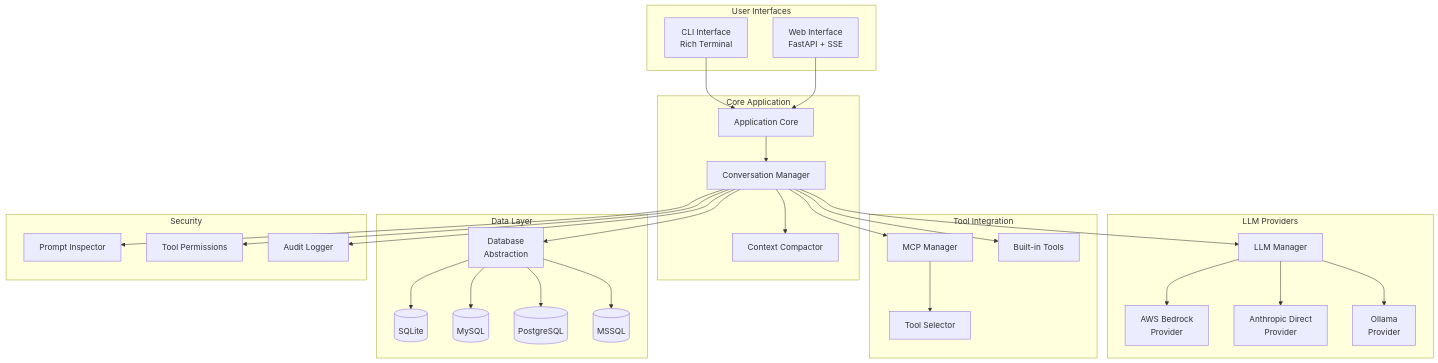
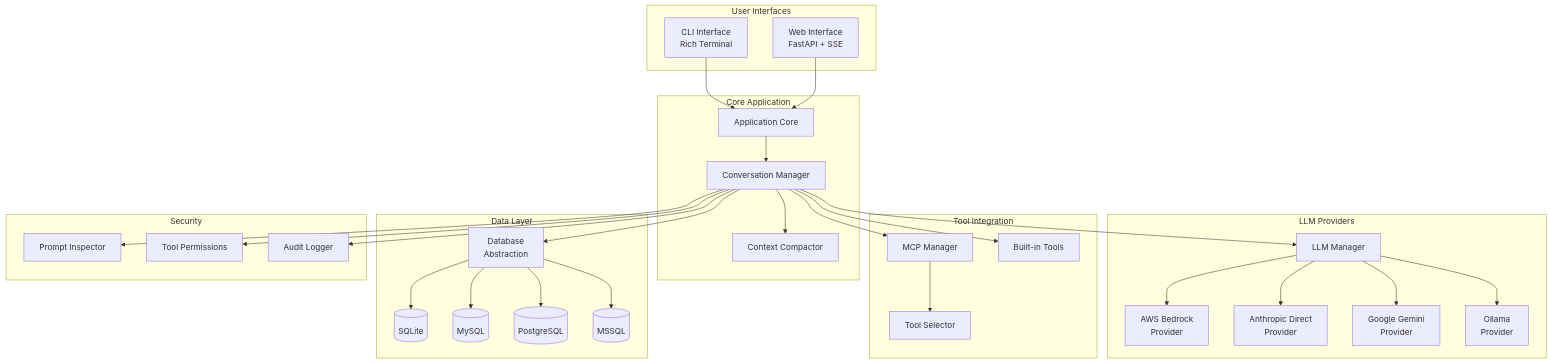
One commit to Digital-Thought/dtSpark changed the third of 3 diagrams in docs/index.md. Above: the diagram before and after it, drawn with Mermaid. The commit also changed other lines of this file and 17 other files, not shown here.

First line of the commit message:
Add Google Gemini LLM provider with web search grounding

````diff
--- a/docs/index.md
+++ b/docs/index.md
@@ -116,60 +119,62 @@
 ```mermaid
 graph TB
     subgraph "User Interfaces"
         CLI[CLI Interface<br/>Rich Terminal]
         WEB[Web Interface<br/>FastAPI + SSE]
     end
 
     subgraph "Core Application"
         APP[Application Core]
         CM[Conversation Manager]
         CC[Context Compactor]
     end
 
     subgraph "LLM Providers"
         LLM_MGR[LLM Manager]
         BEDROCK[AWS Bedrock<br/>Provider]
         ANTHROPIC[Anthropic Direct<br/>Provider]
+        GEMINI[Google Gemini<br/>Provider]
         OLLAMA[Ollama<br/>Provider]
     end
 
     subgraph "Tool Integration"
         MCP_MGR[MCP Manager]
         TOOL_SEL[Tool Selector]
         BUILTIN[Built-in Tools]
     end
 
     subgraph "Data Layer"
         DB[Database<br/>Abstraction]
         SQLITE[(SQLite)]
         MYSQL[(MySQL)]
         PGSQL[(PostgreSQL)]
         MSSQL[(MSSQL)]
     end
 
     subgraph "Security"
         INSPECT[Prompt Inspector]
         PERMS[Tool Permissions]
         AUDIT[Audit Logger]
     end
 
     CLI --> APP
     WEB --> APP
     APP --> CM
     CM --> CC
     CM --> LLM_MGR
     LLM_MGR --> BEDROCK
     LLM_MGR --> ANTHROPIC
+    LLM_MGR --> GEMINI
     LLM_MGR --> OLLAMA
     CM --> MCP_MGR
     MCP_MGR --> TOOL_SEL
     CM --> BUILTIN
     CM --> DB
     DB --> SQLITE
     DB --> MYSQL
     DB --> PGSQL
     DB --> MSSQL
     CM --> INSPECT
     CM --> PERMS
     CM --> AUDIT
 ```
````
